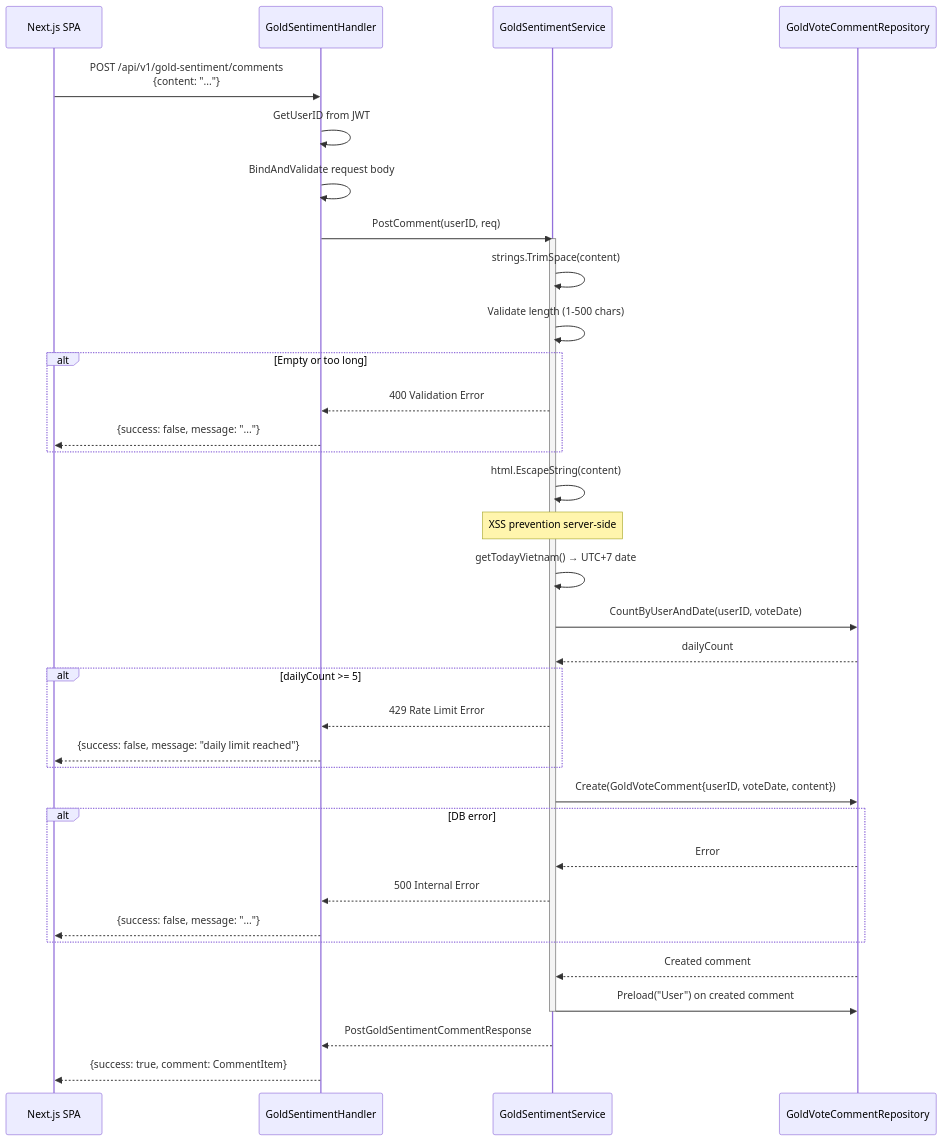
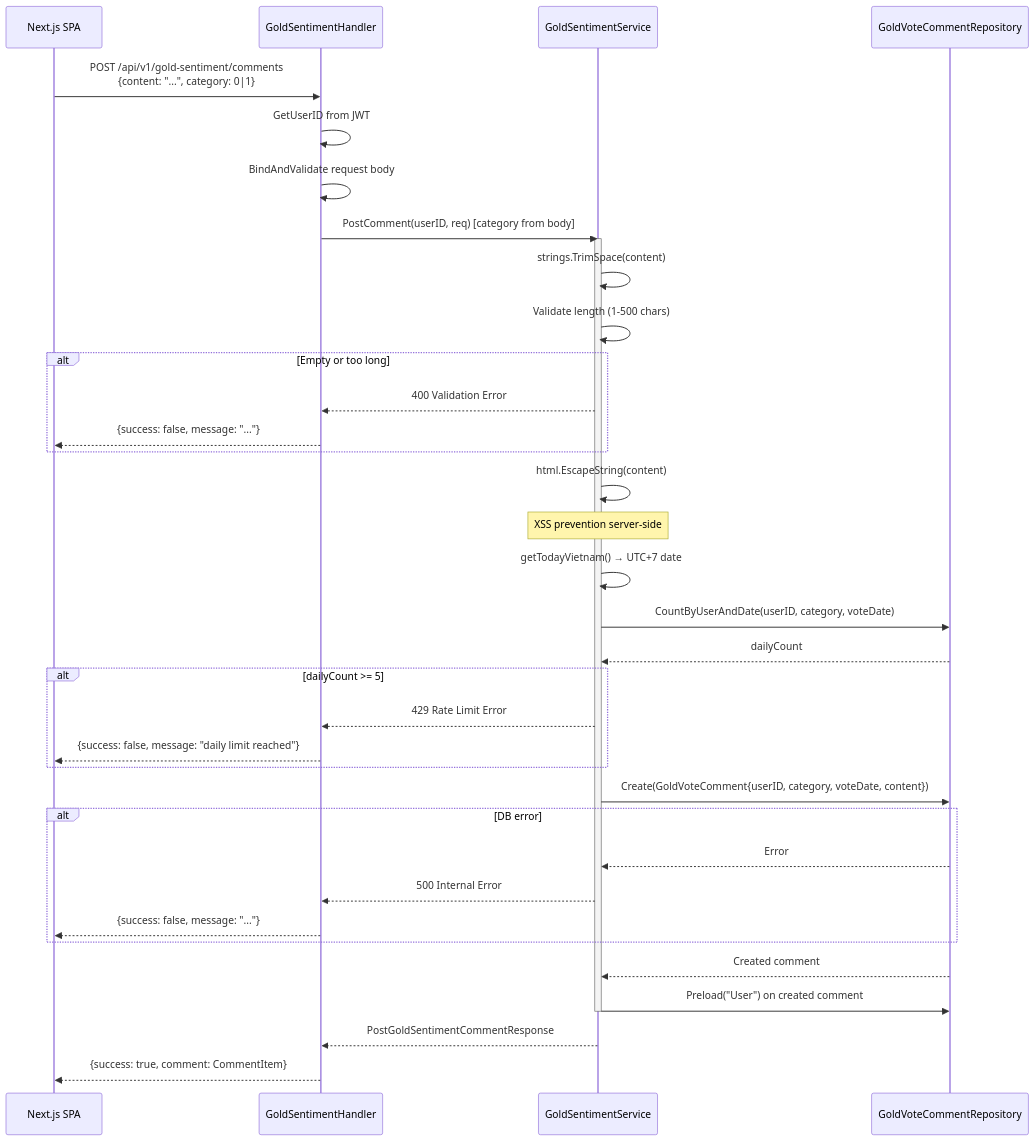
One commit to khanhnq1406/wealth-journey changed the third of 3 diagrams in docs/architecture/flow-gold-sentiment.md. Above: the diagram before and after it, drawn with Mermaid. The commit also changed other lines of this file and 3 other files, not shown here.

First line of the commit message:
docs(architecture): update C4 and flow diagrams for sentiment generalization

````diff
--- a/docs/architecture/flow-gold-sentiment.md
+++ b/docs/architecture/flow-gold-sentiment.md
@@ -174,46 +178,46 @@
 ```mermaid
 sequenceDiagram
     participant SPA as Next.js SPA
     participant H as GoldSentimentHandler
     participant GS as GoldSentimentService
     participant CR as GoldVoteCommentRepository
 
-    SPA->>H: POST /api/v1/gold-sentiment/comments<br/>{content: "..."}
+    SPA->>H: POST /api/v1/gold-sentiment/comments<br/>{content: "...", category: 0|1}
     H->>H: GetUserID from JWT
     H->>H: BindAndValidate request body
-    H->>GS: PostComment(userID, req)
+    H->>GS: PostComment(userID, req) [category from body]
 
     activate GS
     GS->>GS: strings.TrimSpace(content)
     GS->>GS: Validate length (1-500 chars)
     alt Empty or too long
         GS-->>H: 400 Validation Error
         H-->>SPA: {success: false, message: "..."}
     end
 
     GS->>GS: html.EscapeString(content)
     Note over GS: XSS prevention server-side
 
     GS->>GS: getTodayVietnam() → UTC+7 date
-    GS->>CR: CountByUserAndDate(userID, voteDate)
+    GS->>CR: CountByUserAndDate(userID, category, voteDate)
     CR-->>GS: dailyCount
 
     alt dailyCount >= 5
         GS-->>H: 429 Rate Limit Error
         H-->>SPA: {success: false, message: "daily limit reached"}
     end
 
-    GS->>CR: Create(GoldVoteComment{userID, voteDate, content})
+    GS->>CR: Create(GoldVoteComment{userID, category, voteDate, content})
     alt DB error
         CR-->>GS: Error
         GS-->>H: 500 Internal Error
         H-->>SPA: {success: false, message: "..."}
     end
     CR-->>GS: Created comment
 
     GS->>CR: Preload("User") on created comment
     deactivate GS
 
     GS-->>H: PostGoldSentimentCommentResponse
     H-->>SPA: {success: true, comment: CommentItem}
 ```
````
